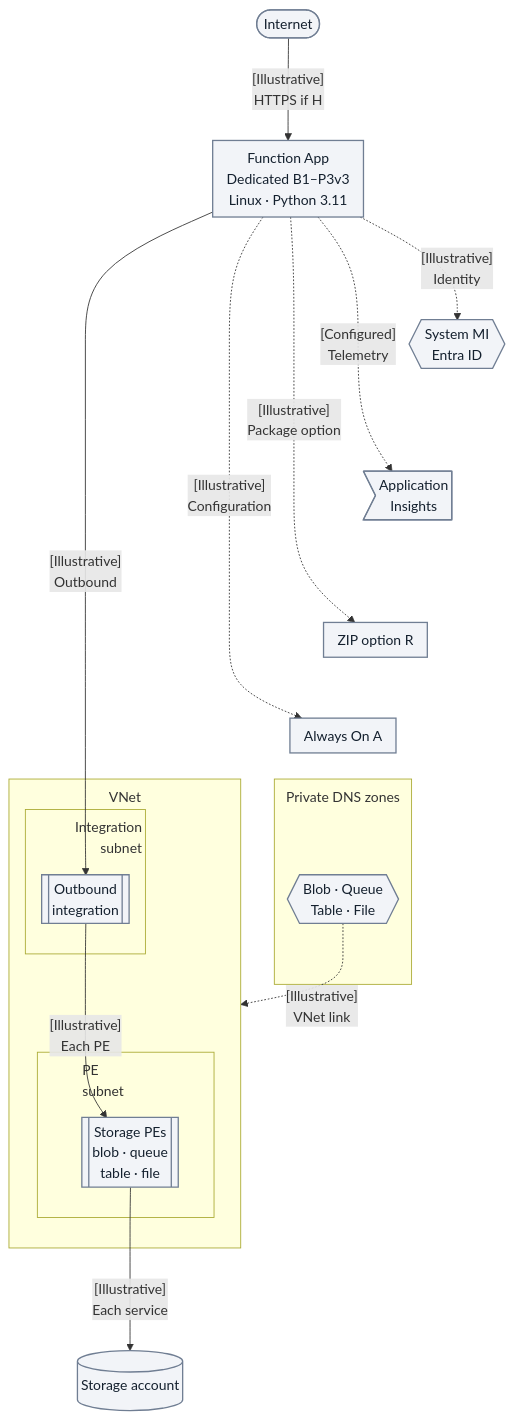
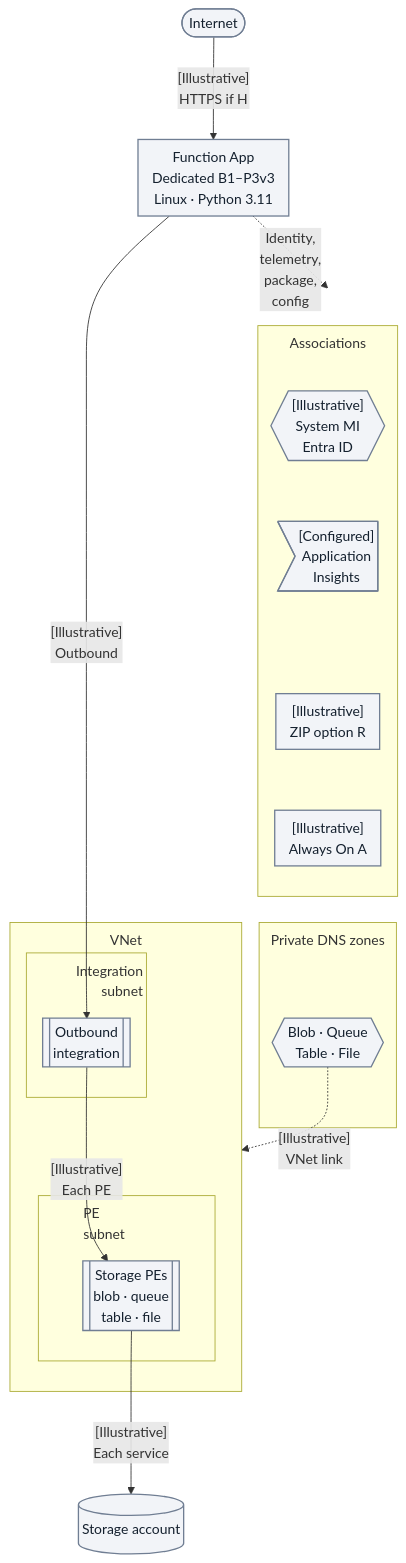
One commit to yeongseon/azure-functions-practical-guide changed the first of 2 diagrams in docs/language-guides/python/tutorial/dedicated/06-ci-cd.md. Above: the diagram before and after it, drawn with Mermaid. The commit also changed other lines of this file and 1 other file, not shown here.

Commit message:
docs(diagrams): make Python Dedicated CI/CD topology readable at 390px (#600)

````diff
--- a/docs/language-guides/python/tutorial/dedicated/06-ci-cd.md
+++ b/docs/language-guides/python/tutorial/dedicated/06-ci-cd.md
@@ -83,40 +83,39 @@
 ```mermaid
 %%{init: {'flowchart': {'nodeSpacing': 10, 'rankSpacing': 70, 'padding': 8, 'subGraphTitleMargin': {'top': 8, 'bottom': 32}}}}%%
 flowchart TD
     accTitle: Python 3.11 Linux Dedicated optional Storage topology
     accDescr: Dedicated B1 through P3v3 context, not networking configured by this CI/CD page. App compute is outside outbound integration; four Storage endpoints and DNS zones are expanded in the key. Identity, telemetry, package mode and Always On are associations, not data-transit hops. Public ingress depends on app access configuration.
     client(["Internet"])
     app_runtime["Function App<br/>Dedicated B1–P3v3<br/>Linux · Python 3.11"]
-    identity{{"System MI<br/>Entra ID"}}
-    telemetry>"Application<br/>Insights"]
-    RFP["ZIP option R"]
-    ALWAYS_ON["Always On A"]
+    subgraph ASSOC["Associations"]
+        identity{{"[Illustrative]<br/>System MI<br/>Entra ID"}}
+        telemetry>"[Configured]<br/>Application<br/>Insights"]
+        RFP["[Illustrative]<br/>ZIP option R"]
+        ALWAYS_ON["[Illustrative]<br/>Always On A"]
+    end
     subgraph DNS["Private DNS zones"]
         dns_fn{{"Blob · Queue<br/>Table · File"}}
     end
     subgraph vnet_fn["VNet"]
         subgraph INT_SUB["<div style='width:130px;text-align:right'>Integration<br/>subnet</div>"]
             vnet_integration[["Outbound<br/>integration"]]
         end
         subgraph PE_SUB["<div style='width:100px;text-align:left'>PE<br/>subnet</div>"]
             pe_storage[["Storage PEs<br/>blob · queue<br/>table · file"]]
         end
     end
     storage_db[("Storage account")]
     client -->|"[Illustrative]<br/>HTTPS if H"| app_runtime
-    app_runtime -.->|"[Illustrative]<br/>Identity"| identity
-    app_runtime -.->|"[Configured]<br/>Telemetry"| telemetry
-    app_runtime -.->|"[Illustrative]<br/>Package option"| RFP
-    app_runtime -.->|"[Illustrative]<br/>Configuration"| ALWAYS_ON
+    app_runtime -.->|"Identity,<br/>telemetry,<br/>package,<br/>config"| ASSOC
     dns_fn -.->|"[Illustrative]<br/>VNet link"| vnet_fn
     app_runtime -->|"[Illustrative]<br/>Outbound"| vnet_integration
     vnet_integration -->|"[Illustrative]<br/>Each PE"| pe_storage
     pe_storage -->|"[Illustrative]<br/>Each service"| storage_db
     %% Layout-only tiers; add no requests, diagnostic steps or visible arrows.
     identity ~~~ telemetry
     telemetry ~~~ RFP
     RFP ~~~ ALWAYS_ON
     ALWAYS_ON ~~~ dns_fn
     classDef baseNeutral fill:#f2f4f8,stroke:#707e93,stroke-width:1.5px,color:#14202e;
     class client,app_runtime,identity,telemetry,RFP,ALWAYS_ON,dns_fn,vnet_integration,pe_storage,storage_db baseNeutral;
 ```
````
